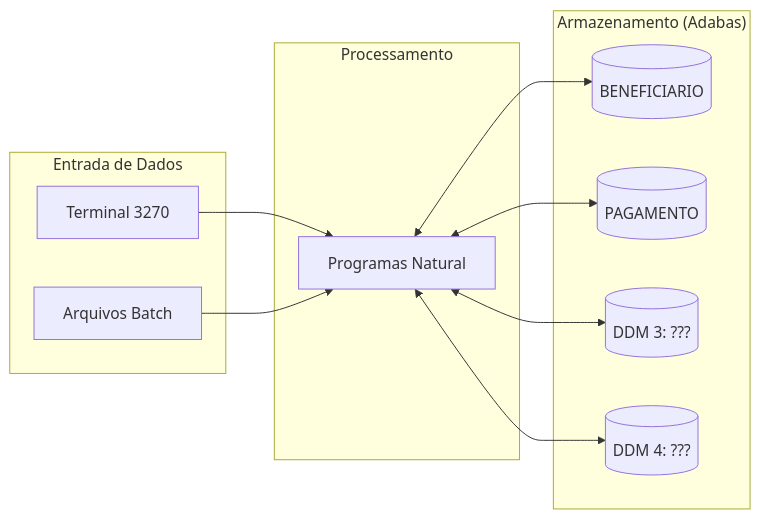
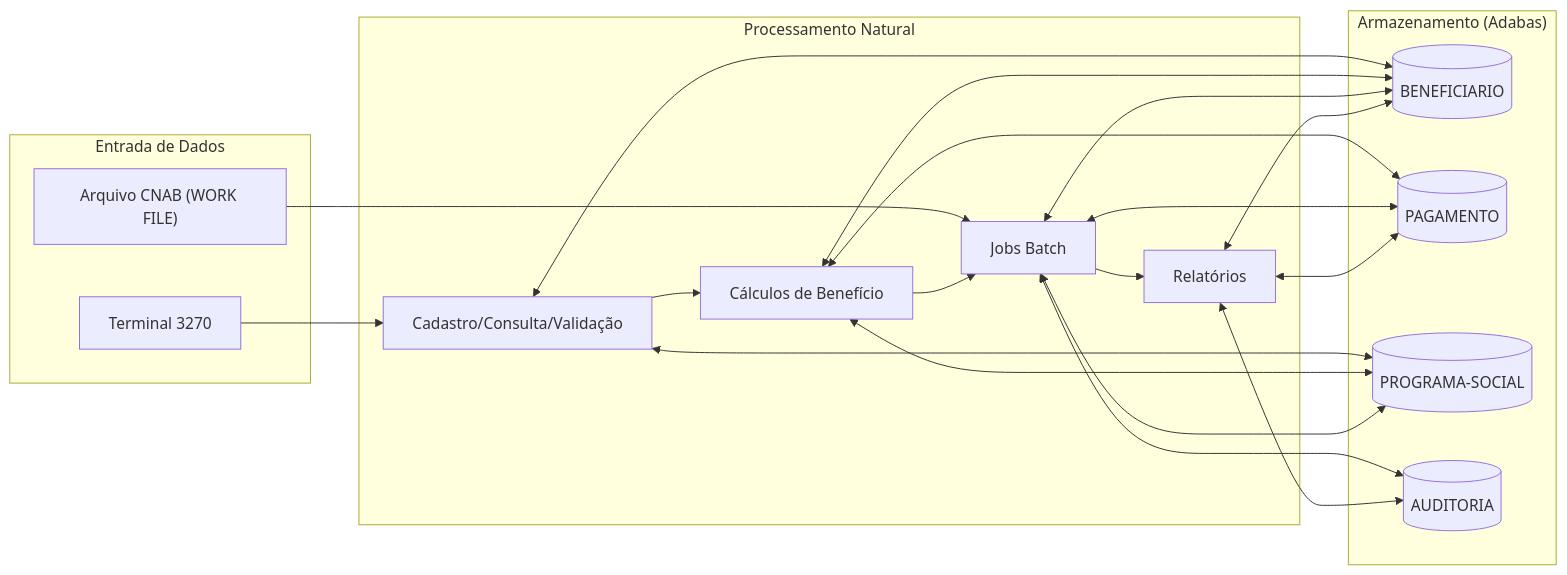
Before and after one commit to lrd1967/grupo-amarelo-1: the second of 2 diagrams in 01-arqueologia/dependency-map.md, drawn with Mermaid. The commit also changed other lines of this file, not shown here.

Commit message:
feat: Update dependency map with real program and DDM details, including evidence of calls and data flow

````diff
--- a/01-arqueologia/dependency-map.md
+++ b/01-arqueologia/dependency-map.md
@@ -74,25 +105,40 @@
 ```mermaid
 flowchart LR
  subgraph "Entrada de Dados"
  UI["Terminal 3270"]
- BATCH["Arquivos Batch"]
+ CNAB["Arquivo CNAB (WORK FILE)"]
  end
 
- subgraph "Processamento"
- PROG["Programas Natural"]
+ subgraph "Processamento Natural"
+ ONLINE["Cadastro/Consulta/Validação"]
+ CALC["Cálculos de Benefício"]
+ BATCH["Jobs Batch"]
+ REL["Relatórios"]
  end
 
  subgraph "Armazenamento (Adabas)"
  DDM1[("BENEFICIARIO")]
  DDM2[("PAGAMENTO")]
- DDM3[("DDM 3: ???")]
- DDM4[("DDM 4: ???")]
+ DDM3[("PROGRAMA-SOCIAL")]
+ DDM4[("AUDITORIA")]
  end
 
- UI --> PROG
- BATCH --> PROG
- PROG <--> DDM1
- PROG <--> DDM2
- PROG <--> DDM3
- PROG <--> DDM4
+ UI --> ONLINE
+ CNAB --> BATCH
+ ONLINE --> CALC
+ CALC --> BATCH
+ BATCH --> REL
+
+ ONLINE <--> DDM1
+ ONLINE <--> DDM3
+ CALC <--> DDM1
+ CALC <--> DDM2
+ CALC <--> DDM3
+ BATCH <--> DDM1
+ BATCH <--> DDM2
+ BATCH <--> DDM3
+ BATCH <--> DDM4
+ REL <--> DDM1
+ REL <--> DDM2
+ REL <--> DDM4
 ```
````
